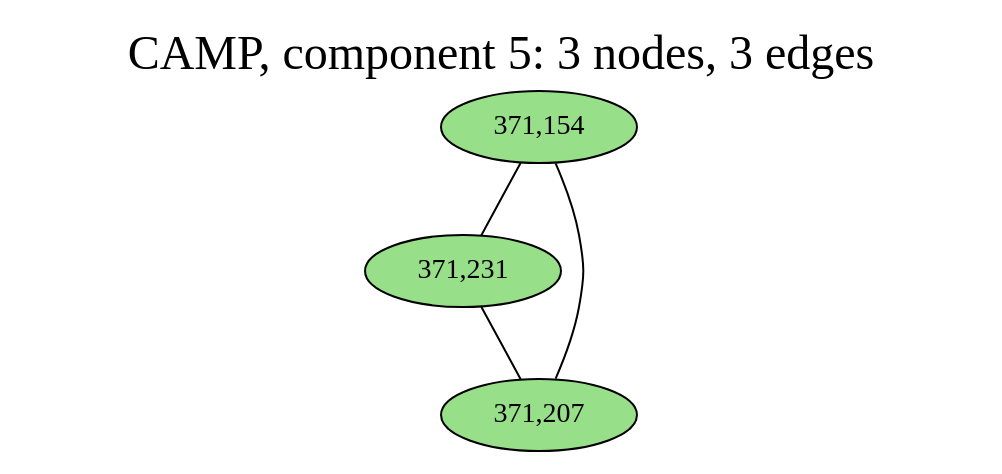
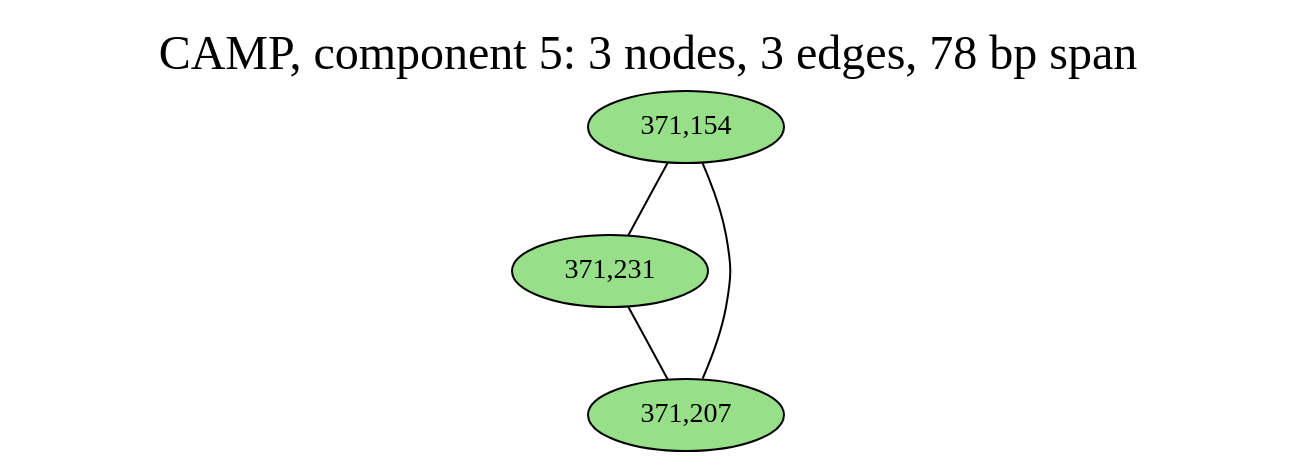
The diagram in notebooks/graphs/CAMP_cc5.gv (fedarko/sheepgut), drawn with Graphviz before and after one commit. The commit also changed 33 other files, not shown here.

```diff
--- a/notebooks/graphs/CAMP_cc5.gv
+++ b/notebooks/graphs/CAMP_cc5.gv
@@ -1,13 +1,13 @@
 graph CAMP_cc5 {
 	overlap="prism50";
 	outputorder="edgesfirst";
-	label="CAMP, component 5: 3 nodes, 3 edges";
+	label="CAMP, component 5: 3 nodes, 3 edges, 78 bp span";
 	labelloc="t";
 	fontsize=24;
 	"371,154" [style="filled", fillcolor="#98df8a", fontcolor="#000000"];
 	"371,231" [style="filled", fillcolor="#98df8a", fontcolor="#000000"];
 	"371,207" [style="filled", fillcolor="#98df8a", fontcolor="#000000"];
 	"371,154" -- "371,207";
 	"371,154" -- "371,231";
 	"371,231" -- "371,207";
 }
```
